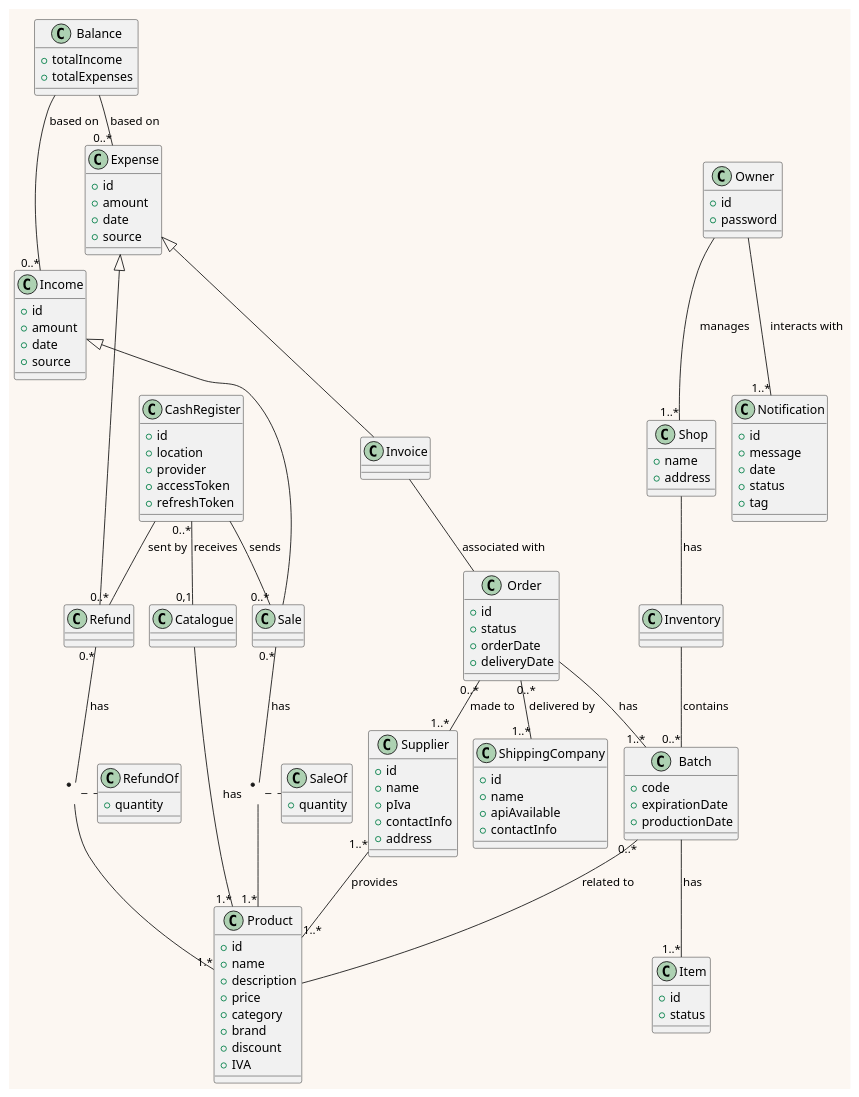
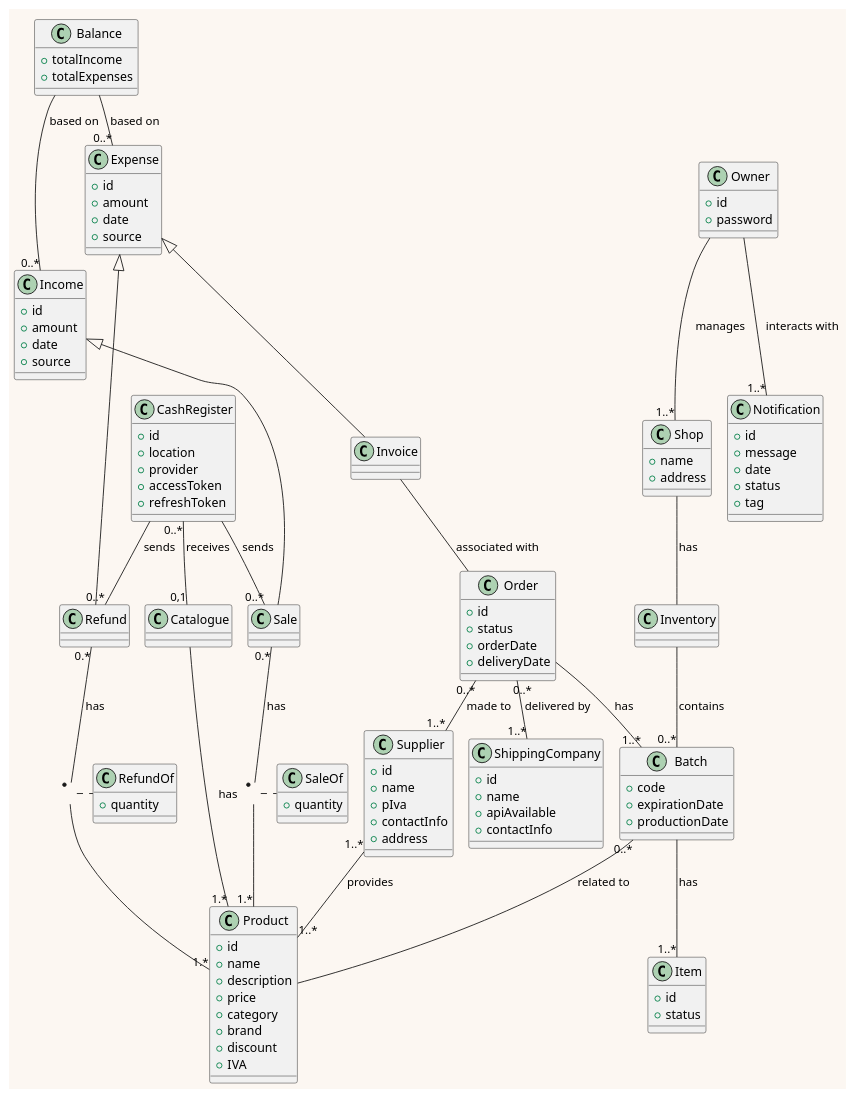
One commit to Giuseppeclv008/Project changed the second of 3 diagrams in res/plantuml/diagrams.md. Above: the diagram before and after it, drawn with PlantUML. The commit also changed 1 other file, not shown here.

Commit message:
fix(glossary): cashRegister --> refunds : sends

```diff
--- a/res/plantuml/diagrams.md
+++ b/res/plantuml/diagrams.md
@@ -158,7 +158,7 @@
 
 Invoice --  Order:> associated with
 
-CashRegister  -- "0..*" Refund: > sent by
+CashRegister  -- "0..*" Refund: > sends
 CashRegister  -- "0..*" Sale: > sends
 CashRegister "0..*" -- "0,1" Catalogue: > receives
 
```
